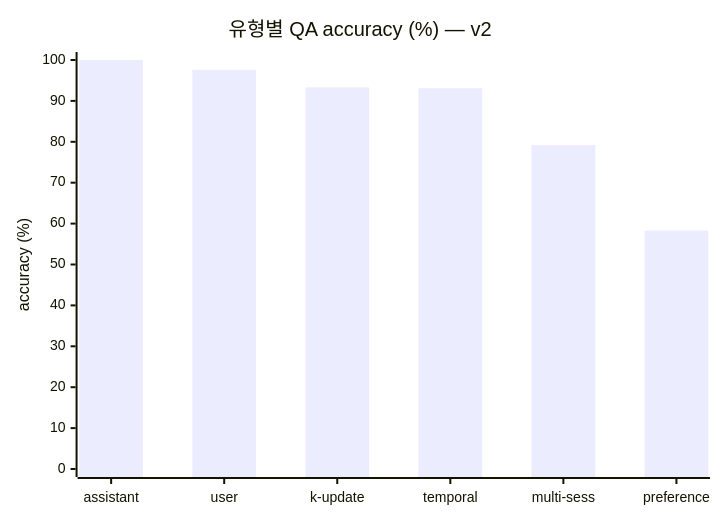
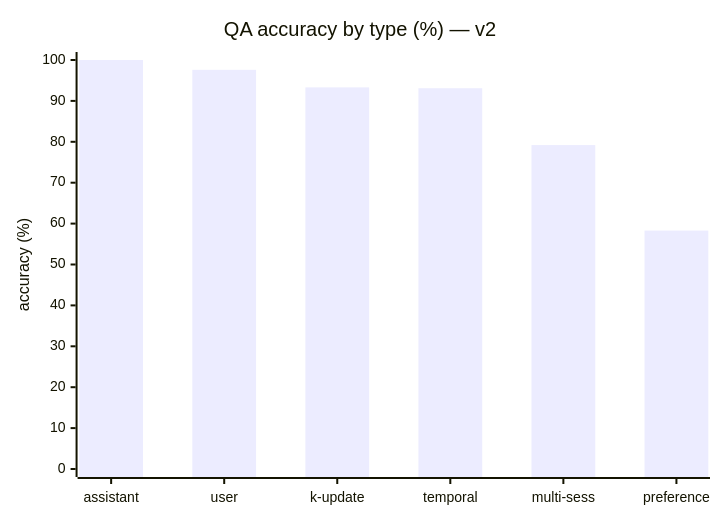
The fourth of 7 diagrams in README.md (treestar84/memory-brain), drawn with Mermaid before and after one commit. The commit also changed other lines of this file and 10 other files, not shown here.

````diff
--- a/README.md
+++ b/README.md
@@ -118,7 +147,7 @@
 ```mermaid
 xychart-beta
-    title "유형별 QA accuracy (%) — v2"
+    title "QA accuracy by type (%) — v2"
     x-axis ["assistant", "user", "k-update", "temporal", "multi-sess", "preference"]
     y-axis "accuracy (%)" 0 --> 100
     bar [100, 97.6, 93.3, 93.1, 79.2, 58.3]
 ```
````
